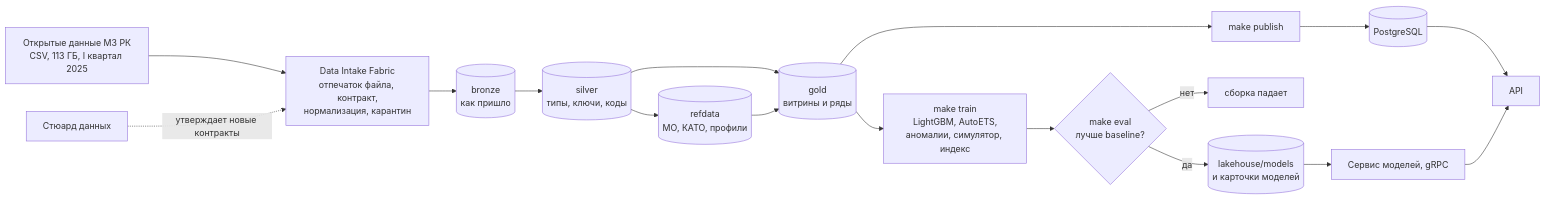
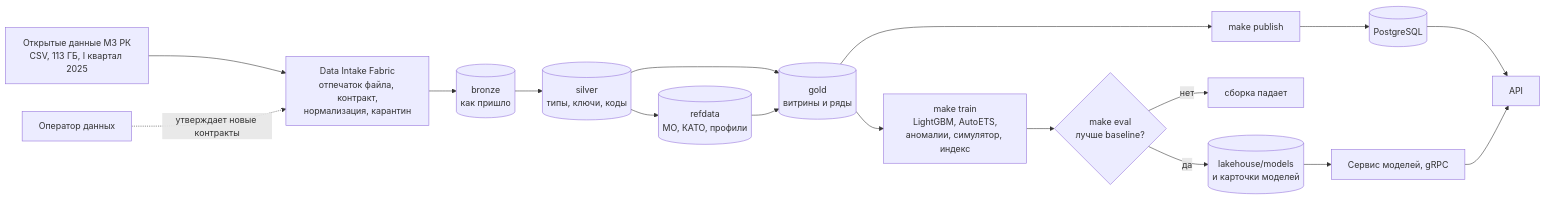
Before and after one commit to BAITC-Hacks/hack-c2f58e92-icybeard: the second of 5 diagrams in README.md, drawn with Mermaid. The commit also changed other lines of this file and 1 other file, not shown here.

````diff
--- a/README.md
+++ b/README.md
@@ -114,19 +170,19 @@
 ```mermaid
 flowchart LR
   SRC["Открытые данные МЗ РК<br/>CSV, 113 ГБ, I квартал 2025"] --> IN["Data Intake Fabric<br/>отпечаток файла, контракт,<br/>нормализация, карантин"]
-  STW["Стюард данных"] -.->|утверждает новые контракты| IN
+  STW["Оператор данных"] -.->|утверждает новые контракты| IN
   IN --> BR[("bronze<br/>как пришло")]
   BR --> SI[("silver<br/>типы, ключи, коды")]
   SI --> RD[("refdata<br/>МО, КАТО, профили")]
   SI --> GO[("gold<br/>витрины и ряды")]
   RD --> GO
   GO --> TR["make train<br/>LightGBM, AutoETS,<br/>аномалии, симулятор, индекс"]
   TR --> EV{"make eval<br/>лучше baseline?"}
   EV -->|да| MD[("lakehouse/models<br/>и карточки моделей")]
   EV -->|нет| STOP["сборка падает"]
   GO --> PUB["make publish"]
   PUB --> PG[("PostgreSQL")]
   MD --> SV["Сервис моделей, gRPC"]
   PG --> API["API"]
   SV --> API
 ```
````
